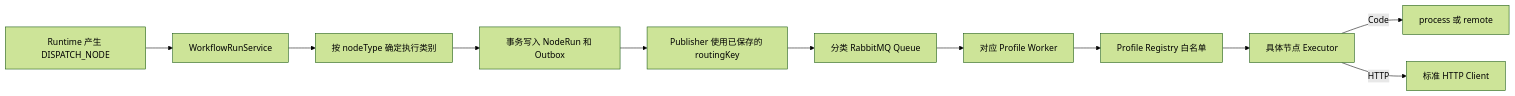
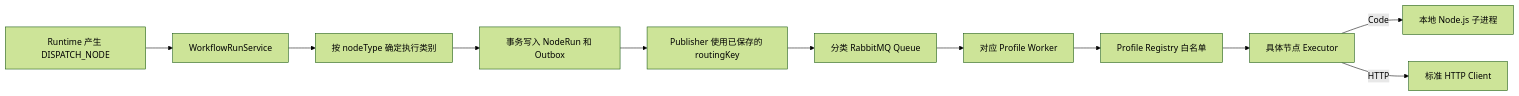
One commit to xiaotianna/ai-workflow changed the diagram in apps/executor-go/README.md. Above: the diagram before and after it, drawn with Mermaid (forest theme). The commit also changed other lines of this file and 88 other files, not shown here.

````diff
--- a/apps/executor-go/README.md
+++ b/apps/executor-go/README.md
@@ -17,13 +17,13 @@
 ```mermaid
 flowchart LR
   Runtime["Runtime 产生 DISPATCH_NODE"] --> RunService["WorkflowRunService"]
   RunService --> Routing["按 nodeType 确定执行类别"]
   Routing --> Outbox["事务写入 NodeRun 和 Outbox"]
   Outbox --> Publisher["Publisher 使用已保存的 routingKey"]
   Publisher --> Queue["分类 RabbitMQ Queue"]
   Queue --> Worker["对应 Profile Worker"]
   Worker --> Registry["Profile Registry 白名单"]
   Registry --> Executor["具体节点 Executor"]
-  Executor -->|Code| SandboxRunner["process 或 remote"]
+  Executor -->|Code| NodeProcess["本地 Node.js 子进程"]
   Executor -->|HTTP| HttpClient["标准 HTTP Client"]
 ```
````
